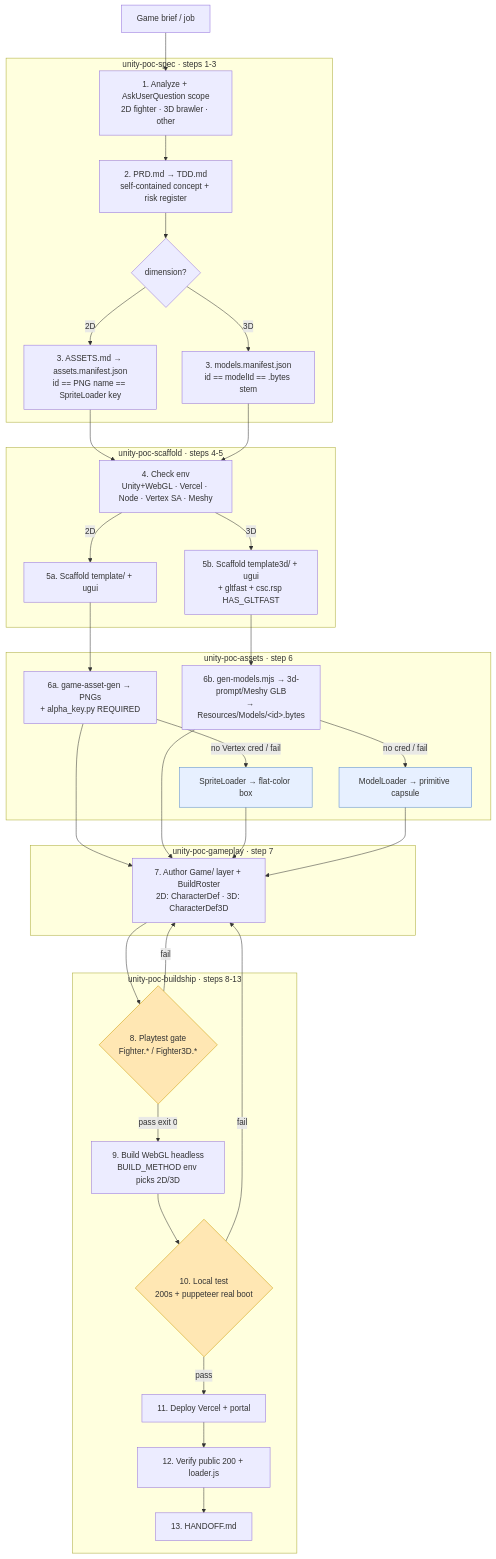
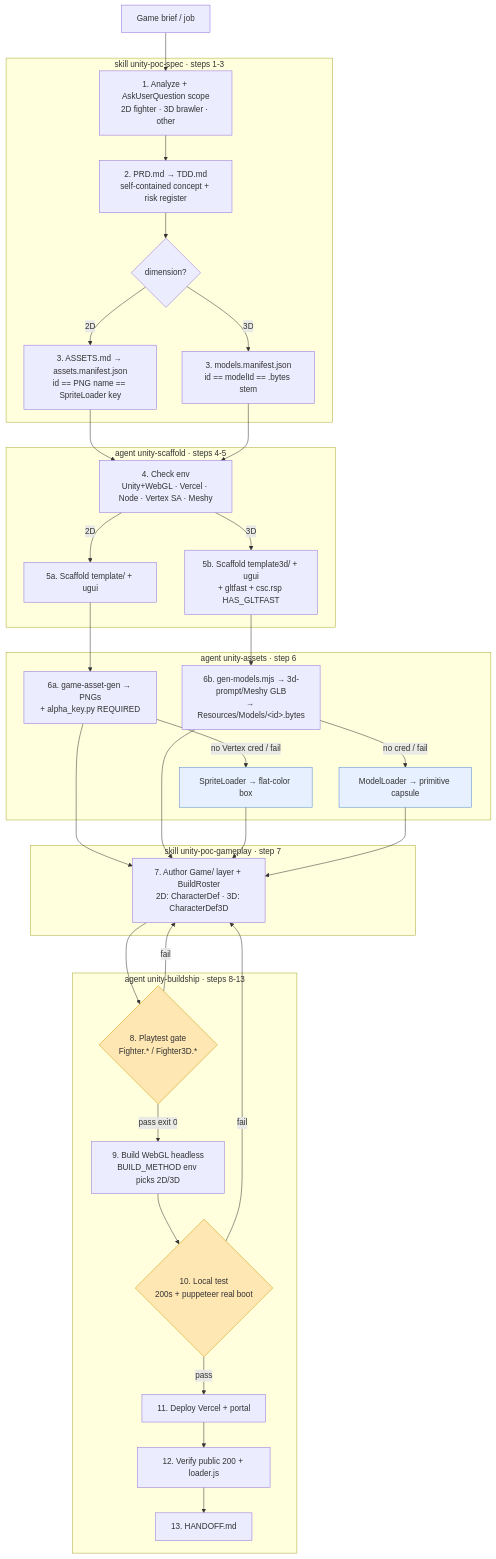
Before and after one commit to hautt-agileops/mobile-poc: the diagram in .claude/skills/unity-poc/README.md, drawn with Mermaid. The commit also changed other lines of this file and 23 other files, not shown here.

````diff
--- a/.claude/skills/unity-poc/README.md
+++ b/.claude/skills/unity-poc/README.md
@@ -23,51 +27,51 @@
 ```mermaid
 flowchart TD
     A[Game brief / job] --> B
 
-    subgraph S1[unity-poc-spec · steps 1-3]
+    subgraph S1[skill unity-poc-spec · steps 1-3]
       B[1. Analyze + AskUserQuestion scope<br/>2D fighter · 3D brawler · other] --> C[2. PRD.md → TDD.md<br/>self-contained concept + risk register]
       C --> D{dimension?}
       D -->|2D| D2[3. ASSETS.md → assets.manifest.json<br/>id == PNG name == SpriteLoader key]
       D -->|3D| D3[3. models.manifest.json<br/>id == modelId == .bytes stem]
     end
 
-    subgraph S2[unity-poc-scaffold · steps 4-5]
+    subgraph S2[agent unity-scaffold · steps 4-5]
       E[4. Check env<br/>Unity+WebGL · Vercel · Node · Vertex SA · Meshy] -->|2D| F2[5a. Scaffold template/ + ugui]
       E -->|3D| F3[5b. Scaffold template3d/ + ugui<br/>+ gltfast + csc.rsp HAS_GLTFAST]
     end
 
-    subgraph S3[unity-poc-assets · step 6]
+    subgraph S3[agent unity-assets · step 6]
       G2[6a. game-asset-gen → PNGs<br/>+ alpha_key.py REQUIRED]
       G3[6b. gen-models.mjs → 3d-prompt/Meshy GLB<br/>→ Resources/Models/&lt;id&gt;.bytes]
       G2 -->|no Vertex cred / fail| Gf2[SpriteLoader → flat-color box]
       G3 -->|no cred / fail| Gf3[ModelLoader → primitive capsule]
     end
 
-    subgraph S4[unity-poc-gameplay · step 7]
+    subgraph S4[skill unity-poc-gameplay · step 7]
       H[7. Author Game/ layer + BuildRoster<br/>2D: CharacterDef · 3D: CharacterDef3D]
     end
 
-    subgraph S5[unity-poc-buildship · steps 8-13]
+    subgraph S5[agent unity-buildship · steps 8-13]
       I{8. Playtest gate<br/>Fighter.* / Fighter3D.*}
       I -->|pass exit 0| J[9. Build WebGL headless<br/>BUILD_METHOD env picks 2D/3D]
       J --> K{10. Local test<br/>200s + puppeteer real boot}
       K -->|pass| L[11. Deploy Vercel + portal] --> M[12. Verify public 200 + loader.js] --> N[13. HANDOFF.md]
     end
 
     D2 --> E
     D3 --> E
     F2 --> G2
     F3 --> G3
     G2 --> H
     G3 --> H
     Gf2 --> H
     Gf3 --> H
     H --> I
     I -->|fail| H
     K -->|fail| H
 
     style I fill:#ffe7b3,stroke:#cc9a00
     style K fill:#ffe7b3,stroke:#cc9a00
     style Gf2 fill:#e7f0ff,stroke:#5588cc
     style Gf3 fill:#e7f0ff,stroke:#5588cc
 ```
````
